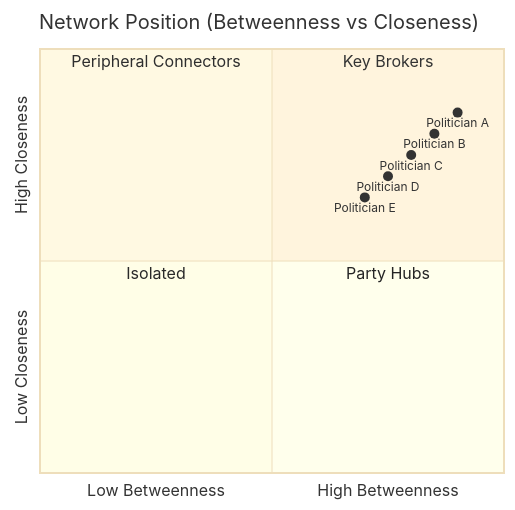
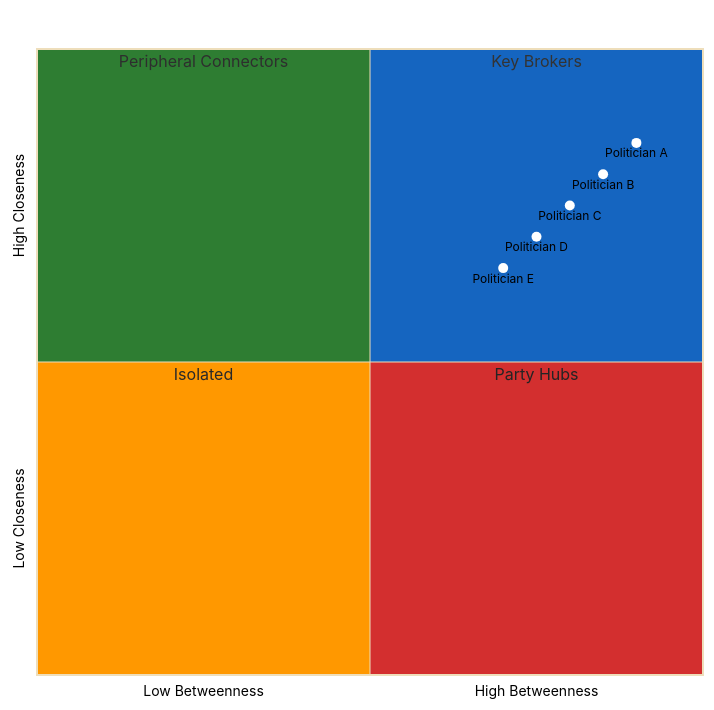
One commit to Hack23/cia changed diagram 11 of 12 in json-export-specs/visualizations/top10-coalition-brokers.md. Above: the diagram before and after it, drawn with Mermaid. The commit also changed other lines of this file and 30 other files, not shown here.

First line of the commit message:
fix: fix mermaid init blocks (single->double quotes), xychart quoting, and SWOT quadrant colors

````diff
--- a/json-export-specs/visualizations/top10-coalition-brokers.md
+++ b/json-export-specs/visualizations/top10-coalition-brokers.md
@@ -193,17 +193,40 @@
 ```mermaid
-%%{init: {'theme':'base'}}%%
+%%{init: {
+  "theme": "base",
+  "themeVariables": {
+    "quadrant1Fill": "#1565C0",
+    "quadrant2Fill": "#2E7D32",
+    "quadrant3Fill": "#FF9800",
+    "quadrant4Fill": "#D32F2F",
+    "quadrantTitleFill": "#ffffff",
+    "quadrantPointFill": "#ffffff",
+    "quadrantPointTextFill": "#000000",
+    "quadrantXAxisTextFill": "#000000",
+    "quadrantYAxisTextFill": "#000000"
+  },
+  "quadrantChart": {
+    "chartWidth": 700,
+    "chartHeight": 700,
+    "pointLabelFontSize": 12,
+    "titleFontSize": 20,
+    "quadrantLabelFontSize": 16,
+    "xAxisLabelFontSize": 14,
+    "yAxisLabelFontSize": 14
+  }
+}}%%
 quadrantChart
     title Network Position (Betweenness vs Closeness)
     x-axis Low Betweenness --> High Betweenness
     y-axis Low Closeness --> High Closeness
     quadrant-1 Key Brokers
     quadrant-2 Peripheral Connectors
     quadrant-3 Isolated
     quadrant-4 Party Hubs
     
-    Politician A: [0.9, 0.85]
-    Politician B: [0.85, 0.8]
-    Politician C: [0.8, 0.75]
-    Politician D: [0.75, 0.7]
-    Politician E: [0.7, 0.65]
+    "Politician A": [0.9, 0.85]
+    "Politician B": [0.85, 0.8]
+    "Politician C": [0.8, 0.75]
+    "Politician D": [0.75, 0.7]
+    "Politician E": [0.7, 0.65]
+
 ```
````
